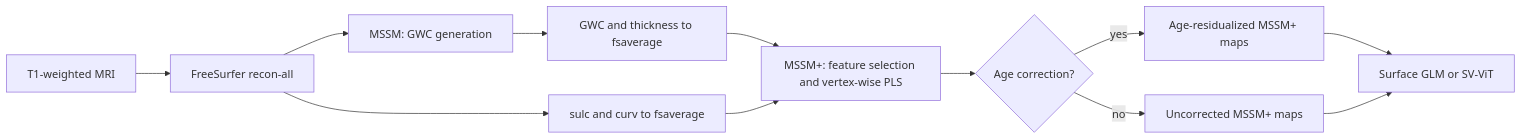
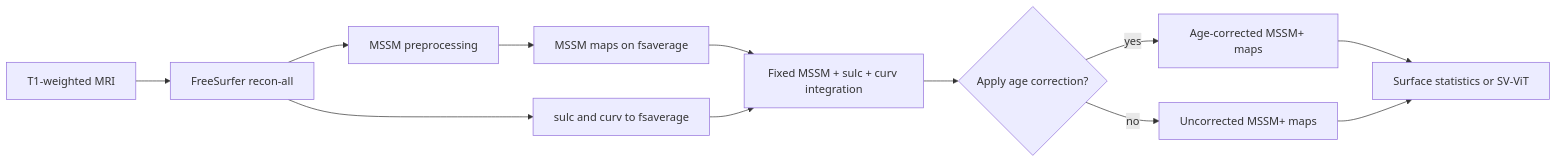
One commit to labhai/MSSMplus changed the diagram in README.md. Above: the diagram before and after it, drawn with Mermaid. The commit also changed other lines of this file and 1 other file, not shown here.

Commit message:
Update surf2fsaverage

````diff
--- a/README.md
+++ b/README.md
@@ -116,14 +124,14 @@
 ```mermaid
 flowchart LR
     A[T1-weighted MRI] --> B[FreeSurfer recon-all]
-    B --> C[MSSM: GWC generation]
-    C --> D[GWC and thickness to fsaverage]
+    B --> C[MSSM preprocessing]
+    C --> D[MSSM maps on fsaverage]
     B --> E[sulc and curv to fsaverage]
-    D --> F[MSSM+: feature selection and vertex-wise PLS]
+    D --> F[Fixed MSSM + sulc + curv integration]
     E --> F
-    F --> G{Age correction?}
-    G -->|yes| H[Age-residualized MSSM+ maps]
+    F --> G{Apply age correction?}
+    G -->|yes| H[Age-corrected MSSM+ maps]
     G -->|no| I[Uncorrected MSSM+ maps]
-    H --> J[Surface GLM or SV-ViT]
+    H --> J[Surface statistics or SV-ViT]
     I --> J
 ```
````
